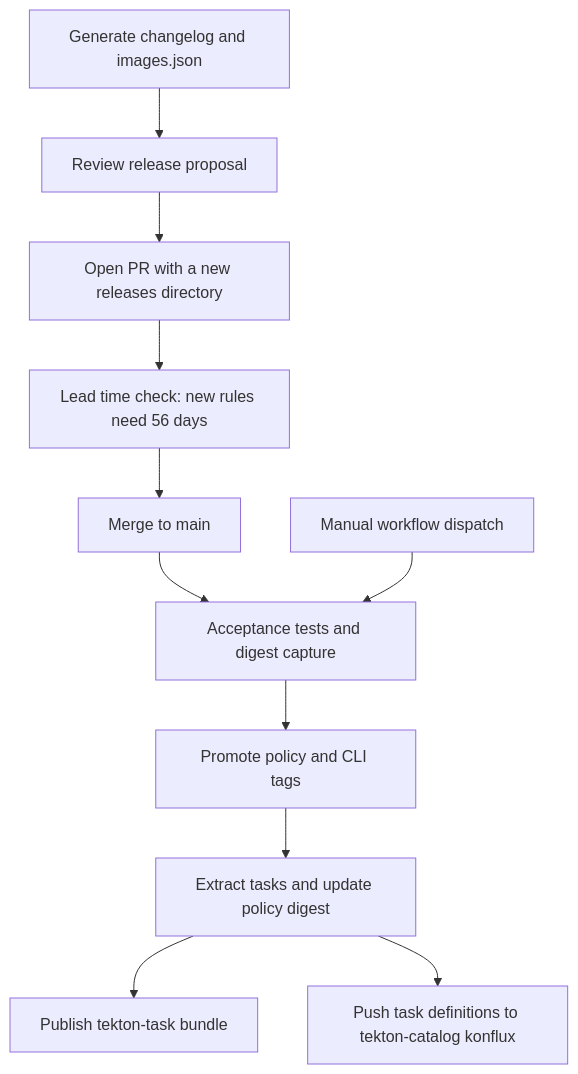
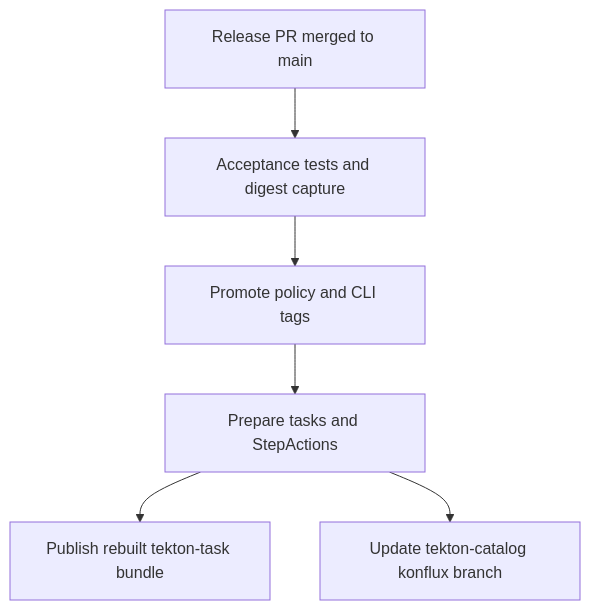
Before and after one commit to conforma/infra-deployments-ci: the diagram in docs/RELEASE_WORKFLOW.md, drawn with Mermaid. The commit also changed other lines of this file and 1 other file, not shown here.

First line of the commit message:
Split release docs into publication and rollout guides

````diff
--- a/docs/RELEASE_WORKFLOW.md
+++ b/docs/RELEASE_WORKFLOW.md
@@ -7,13 +82,8 @@
 ```mermaid
 flowchart TD
-  A[Generate changelog and images.json] --> B[Review release proposal]
-  B --> C[Open PR with a new releases directory]
-  C --> D[Lead time check: new rules need 56 days]
-  D --> E[Merge to main]
-  E --> F[Acceptance tests and digest capture]
-  M[Manual workflow dispatch] --> F
-  F --> G[Promote policy and CLI tags]
-  G --> H[Extract tasks and update policy digest]
-  H --> I[Publish tekton-task bundle]
-  H --> J[Push task definitions to tekton-catalog konflux]
+    A[Release PR merged to main] --> B[Acceptance tests and digest capture]
+    B --> C[Promote policy and CLI tags]
+    C --> D[Prepare tasks and StepActions]
+    D --> E[Publish rebuilt tekton-task bundle]
+    D --> F[Update tekton-catalog konflux branch]
 ```
````
